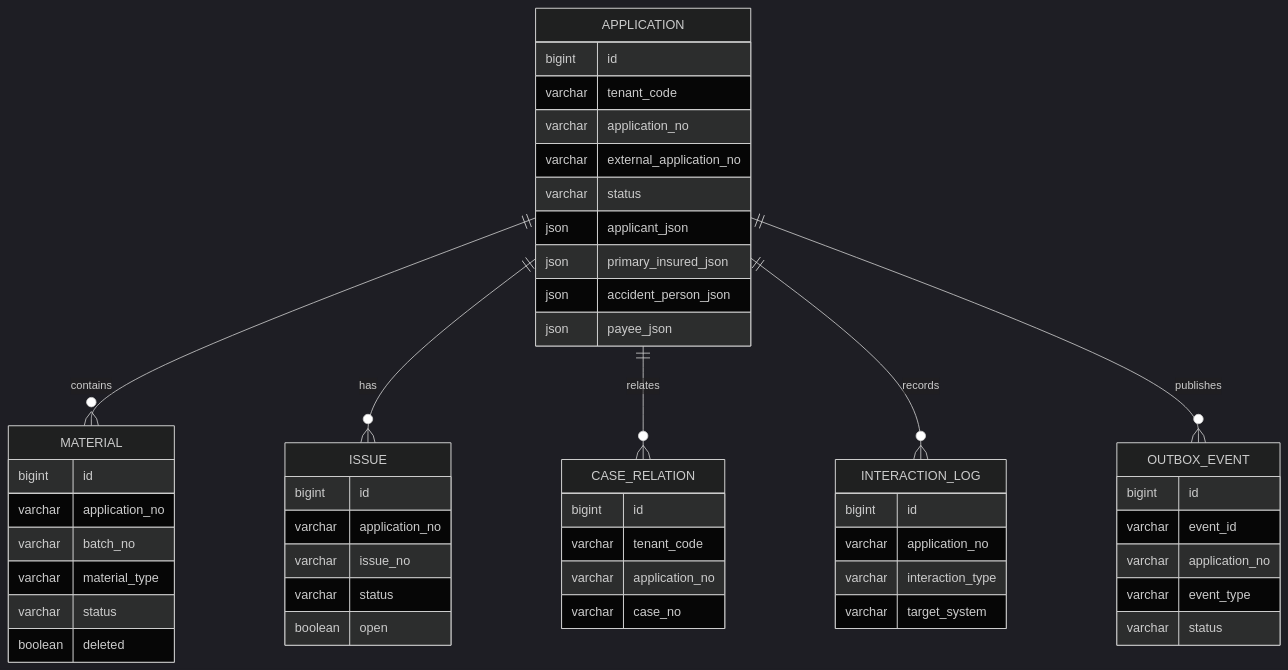
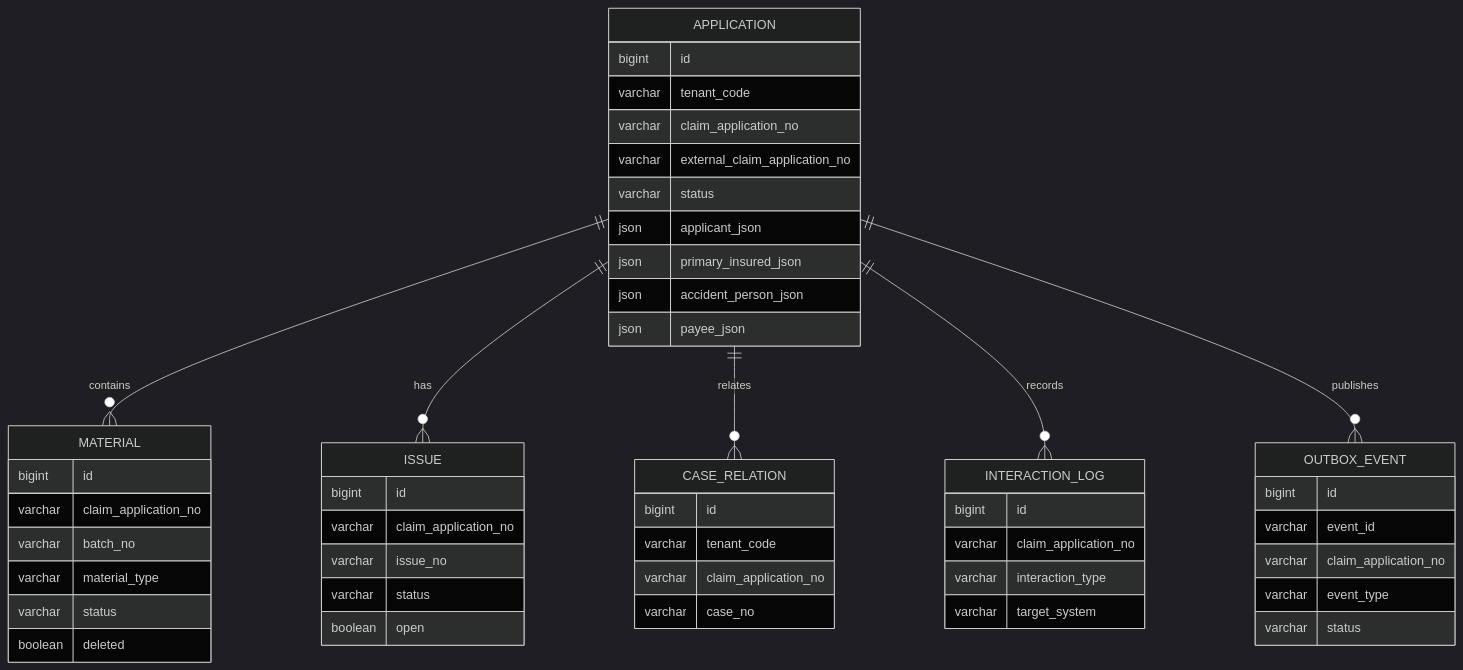
Before and after one commit to wangguangwu/claim-integration-platform: the third of 10 diagrams in docs/architecture/claim-application-architecture.md, drawn with Mermaid (dark theme). The commit also changed other lines of this file and 110 other files, not shown here.

First line of the commit message:
理赔申请命名全链路收敛到 claimApplication，消除与 DDD 应用层词汇的歧义

````diff
--- a/docs/architecture/claim-application-architecture.md
+++ b/docs/architecture/claim-application-architecture.md
@@ -146,59 +146,59 @@
 ```mermaid
 erDiagram
     APPLICATION ||--o{ MATERIAL : contains
     APPLICATION ||--o{ ISSUE : has
     APPLICATION ||--o{ CASE_RELATION : relates
     APPLICATION ||--o{ INTERACTION_LOG : records
     APPLICATION ||--o{ OUTBOX_EVENT : publishes
 
     APPLICATION {
         bigint id
         varchar tenant_code
-        varchar application_no
-        varchar external_application_no
+        varchar claim_application_no
+        varchar external_claim_application_no
         varchar status
         json applicant_json
         json primary_insured_json
         json accident_person_json
         json payee_json
     }
 
     MATERIAL {
         bigint id
-        varchar application_no
+        varchar claim_application_no
         varchar batch_no
         varchar material_type
         varchar status
         boolean deleted
     }
 
     ISSUE {
         bigint id
-        varchar application_no
+        varchar claim_application_no
         varchar issue_no
         varchar status
         boolean open
     }
 
     CASE_RELATION {
         bigint id
         varchar tenant_code
-        varchar application_no
+        varchar claim_application_no
         varchar case_no
     }
 
     INTERACTION_LOG {
         bigint id
-        varchar application_no
+        varchar claim_application_no
         varchar interaction_type
         varchar target_system
     }
 
     OUTBOX_EVENT {
         bigint id
         varchar event_id
-        varchar application_no
+        varchar claim_application_no
         varchar event_type
         varchar status
     }
 ```
````
